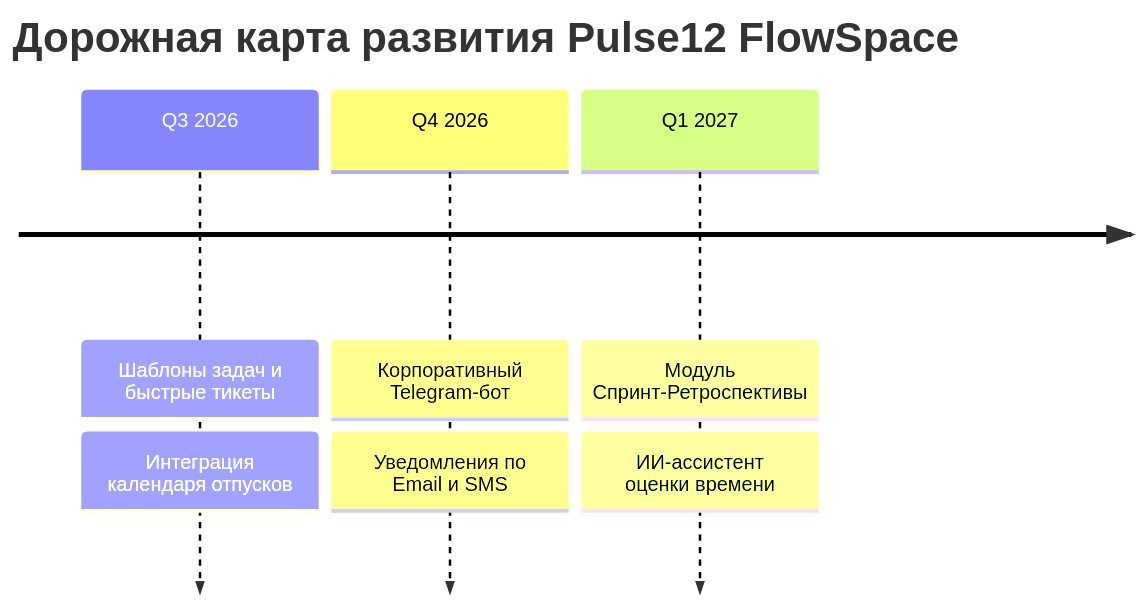
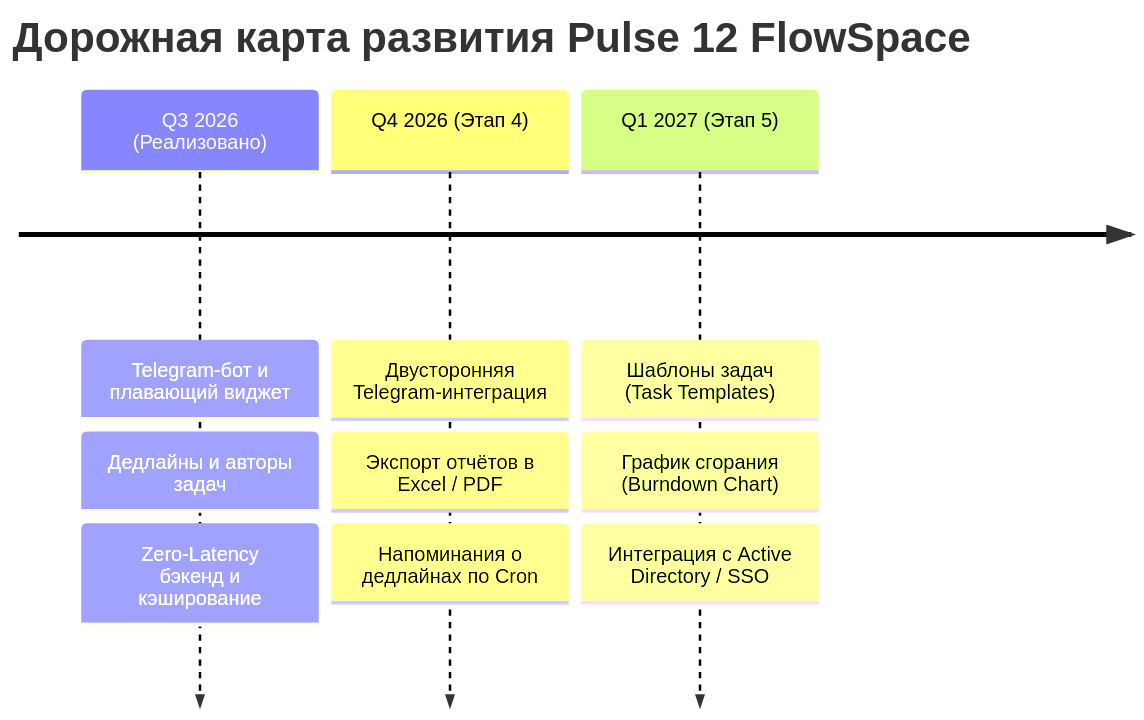
Before and after one commit to NightCrawler040/pulse_12: the diagram in docs/05-ROADMAP_AND_FUTURE.md, drawn with Mermaid. The commit also changed other lines of this file and 5 other files, not shown here.

Commit message:
docs: update corporate documentation and roadmap to v2.5 with Telegram integration, due dates, author tracking, and zero-latency backend

````diff
--- a/docs/05-ROADMAP_AND_FUTURE.md
+++ b/docs/05-ROADMAP_AND_FUTURE.md
@@ -25,10 +34,13 @@
 ```mermaid
 timeline
-    title Дорожная карта развития Pulse12 FlowSpace
-    Q3 2026 : Шаблоны задач и быстрые тикеты
-            : Интеграция календаря отпусков
-    Q4 2026 : Корпоративный Telegram-бот
-            : Уведомления по Email и SMS
-    Q1 2027 : Модуль Спринт-Ретроспективы
-            : ИИ-ассистент оценки времени
+    title Дорожная карта развития Pulse 12 FlowSpace
+    Q3 2026 (Реализовано) : Telegram-бот и плавающий виджет
+                         : Дедлайны и авторы задач
+                         : Zero-Latency бэкенд и кэширование
+    Q4 2026 (Этап 4)     : Двусторонняя Telegram-интеграция
+                         : Экспорт отчётов в Excel / PDF
+                         : Напоминания о дедлайнах по Cron
+    Q1 2027 (Этап 5)     : Шаблоны задач (Task Templates)
+                         : График сгорания (Burndown Chart)
+                         : Интеграция с Active Directory / SSO
 ```
````
